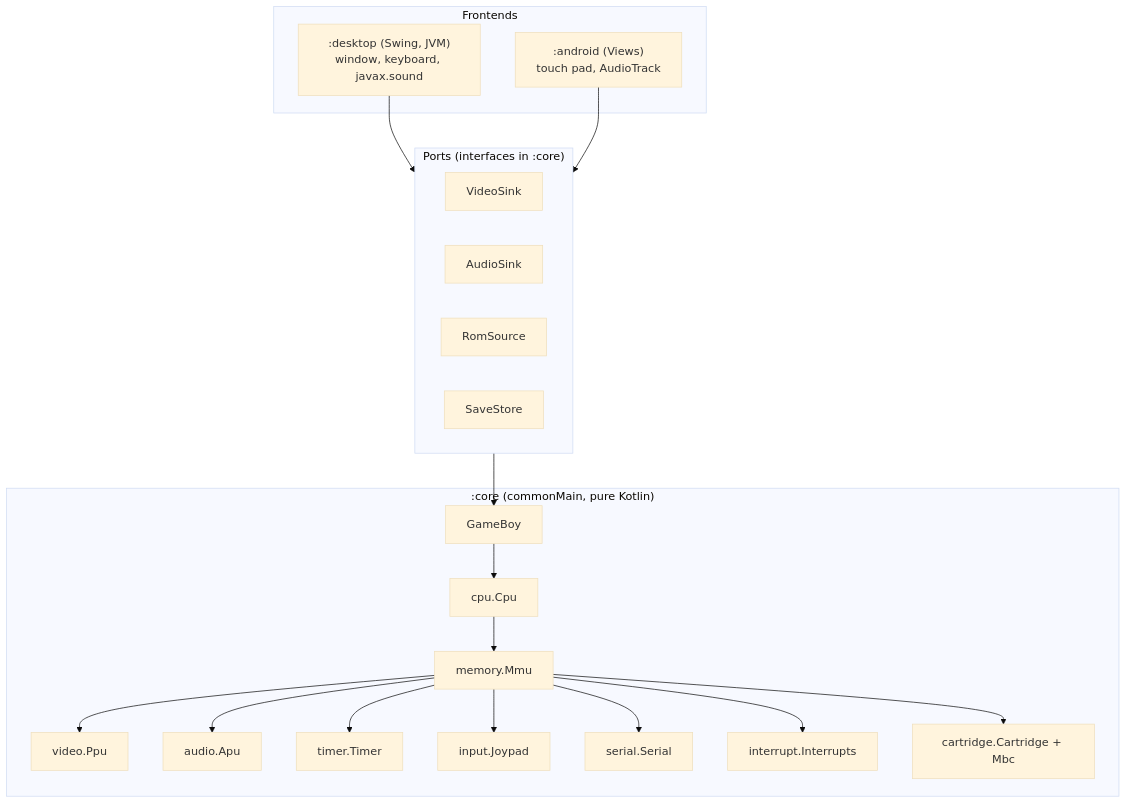
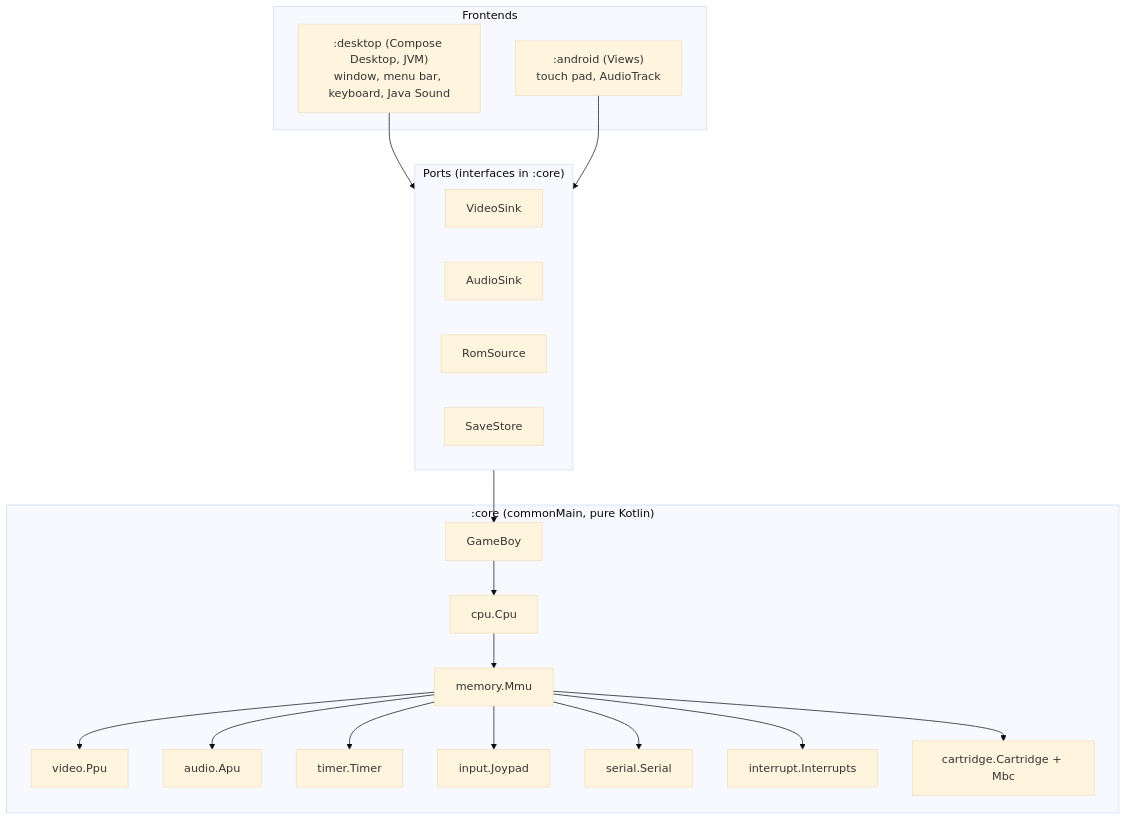
One commit to mrcsxsiq/KGameBoy changed the second of 7 diagrams in README.md. Above: the diagram before and after it, drawn with Mermaid (base theme). The commit also changed other lines of this file and 11 other files, not shown here.

First line of the commit message:
Rewrite the desktop frontend with Compose Desktop and add a menu bar

````diff
--- a/README.md
+++ b/README.md
@@ -100,31 +109,31 @@
 ```mermaid
 flowchart TB
     subgraph Frontends
-        D[":desktop (Swing, JVM)<br/>window, keyboard, javax.sound"]
+        D[":desktop (Compose Desktop, JVM)<br/>window, menu bar, keyboard, Java Sound"]
         A[":android (Views)<br/>touch pad, AudioTrack"]
     end
     subgraph Ports["Ports (interfaces in :core)"]
         V[VideoSink]
         S[AudioSink]
         R[RomSource]
         SV[SaveStore]
     end
     subgraph Core[":core (commonMain, pure Kotlin)"]
         GB[GameBoy]
         CPU[cpu.Cpu]
         MMU[memory.Mmu]
         PPU[video.Ppu]
         APU[audio.Apu]
         TIM[timer.Timer]
         JOY[input.Joypad]
         SER[serial.Serial]
         INT[interrupt.Interrupts]
         CART[cartridge.Cartridge + Mbc]
     end
     D --> Ports
     A --> Ports
     Ports --> GB
     GB --> CPU
     CPU --> MMU
     MMU --> PPU & APU & TIM & JOY & SER & INT & CART
 ```
````
